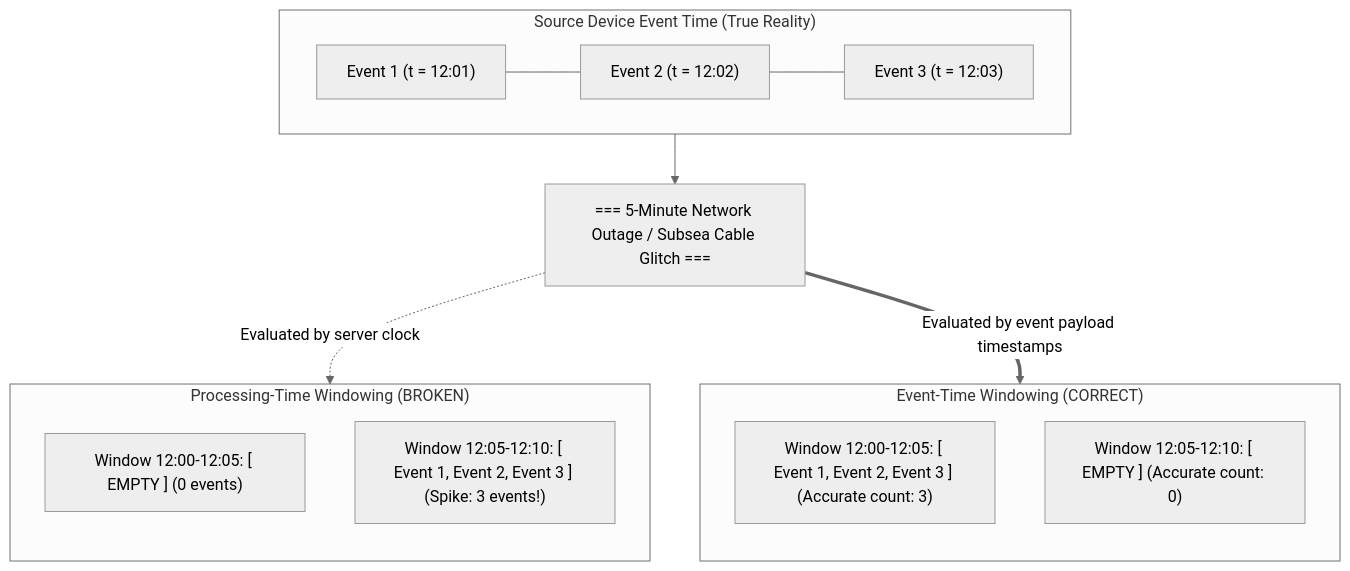
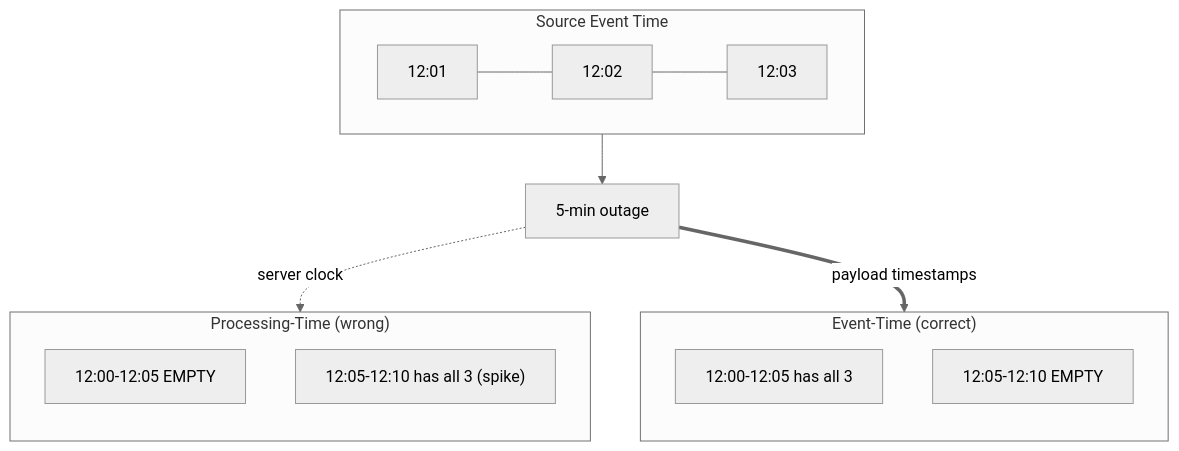
One commit to 1mimhe/books-summery changed the eighth of 8 diagrams in 01 Designing Data-Intensive Applications/chapter-12-stream-processing.md. Above: the diagram before and after it, drawn with Mermaid (neutral theme). The commit also changed other lines of this file and 3 other files, not shown here.

````diff
--- a/01 Designing Data-Intensive Applications/chapter-12-stream-processing.md
+++ b/01 Designing Data-Intensive Applications/chapter-12-stream-processing.md
@@ -372,28 +313,24 @@
 ```mermaid
 flowchart TD
-  subgraph REALITY["Source Device Event Time (True Reality)"]
+  subgraph REAL["Source Event Time"]
     direction LR
-    E1["Event 1 (t = 12:01)"]
-    E2["Event 2 (t = 12:02)"]
-    E3["Event 3 (t = 12:03)"]
+    E1["12:01"]
+    E2["12:02"]
+    E3["12:03"]
     E1 --- E2 --- E3
   end
-
-  OUTAGE["=== 5-Minute Network Outage / Subsea Cable Glitch ==="]
-
-  subgraph PROC_TIME["Processing-Time Windowing (BROKEN)"]
+  OUT["5-min outage"]
+  subgraph BROKEN["Processing-Time (wrong)"]
     direction TB
-    W_OLD["Window 12:00-12:05: [ EMPTY ] (0 events)"]
-    W_NEW["Window 12:05-12:10: [ Event 1, Event 2, Event 3 ] (Spike: 3 events!)"]
+    W0["12:00-12:05 EMPTY"]
+    W1["12:05-12:10 has all 3 (spike)"]
   end
-
-  subgraph EVENT_TIME["Event-Time Windowing (CORRECT)"]
+  subgraph FIXED["Event-Time (correct)"]
     direction TB
-    EW_1["Window 12:00-12:05: [ Event 1, Event 2, Event 3 ] (Accurate count: 3)"]
-    EW_2["Window 12:05-12:10: [ EMPTY ] (Accurate count: 0)"]
+    V0["12:00-12:05 has all 3"]
+    V1["12:05-12:10 EMPTY"]
   end
-
-  REALITY --> OUTAGE
-  OUTAGE -.->|"Evaluated by server clock"| PROC_TIME
-  OUTAGE ==>|"Evaluated by event payload timestamps"| EVENT_TIME
+  REAL --> OUT
+  OUT -.->|"server clock"| BROKEN
+  OUT ==>|"payload timestamps"| FIXED
 ```
````
